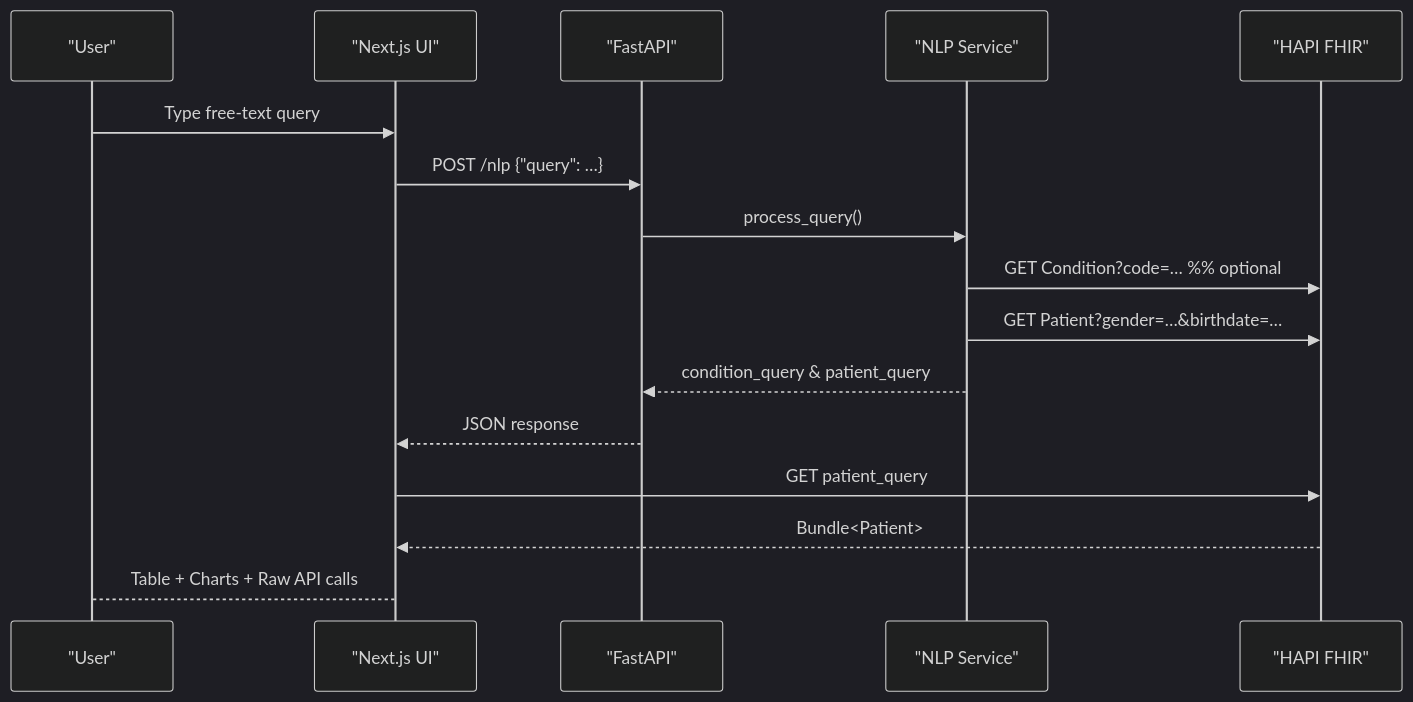
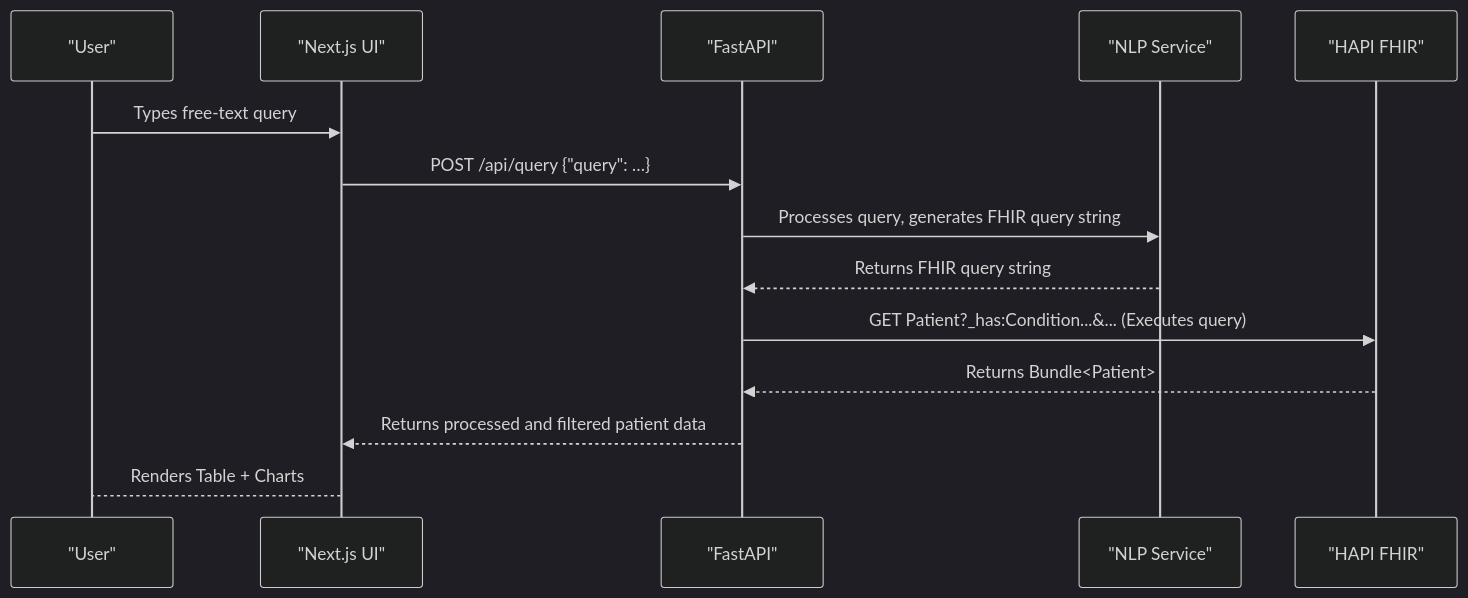
Before and after one commit to ireish/healthcare-query-tool: the diagram in README.md, drawn with Mermaid (dark theme). The commit also changed other lines of this file, not shown here.

Commit message:
docs: update data flow

````diff
--- a/README.md
+++ b/README.md
@@ -39,18 +40,16 @@
 ```mermaid
 sequenceDiagram
     participant "User"
     participant "Next.js UI"
     participant "FastAPI"
     participant "NLP Service"
     participant "HAPI FHIR"
-    "User"->>"Next.js UI": Type free-text query
-    "Next.js UI"->>"FastAPI": POST /nlp {"query": …}
-    "FastAPI"->>"NLP Service": process_query()
-    "NLP Service"->>"HAPI FHIR": GET Condition?code=…           %% optional
-    "NLP Service"->>"HAPI FHIR": GET Patient?gender=…&birthdate=…
-    "NLP Service"-->>"FastAPI": condition_query & patient_query
-    "FastAPI"-->>"Next.js UI": JSON response
-    "Next.js UI"->>"HAPI FHIR": GET patient_query
-    "HAPI FHIR"-->>"Next.js UI": Bundle<Patient>
-    "Next.js UI"-->"User": Table + Charts + Raw API calls
+    "User"->>"Next.js UI": Types free-text query
+    "Next.js UI"->>"FastAPI": POST /api/query {"query": …}
+    "FastAPI"->>"NLP Service": Processes query, generates FHIR query string
+    "NLP Service"-->>"FastAPI": Returns FHIR query string
+    "FastAPI"->>"HAPI FHIR": GET Patient?_has:Condition...&... (Executes query)
+    "HAPI FHIR"-->>"FastAPI": Returns Bundle<Patient>
+    "FastAPI"-->>"Next.js UI": Returns processed and filtered patient data
+    "Next.js UI"-->"User": Renders Table + Charts
 ```
````
